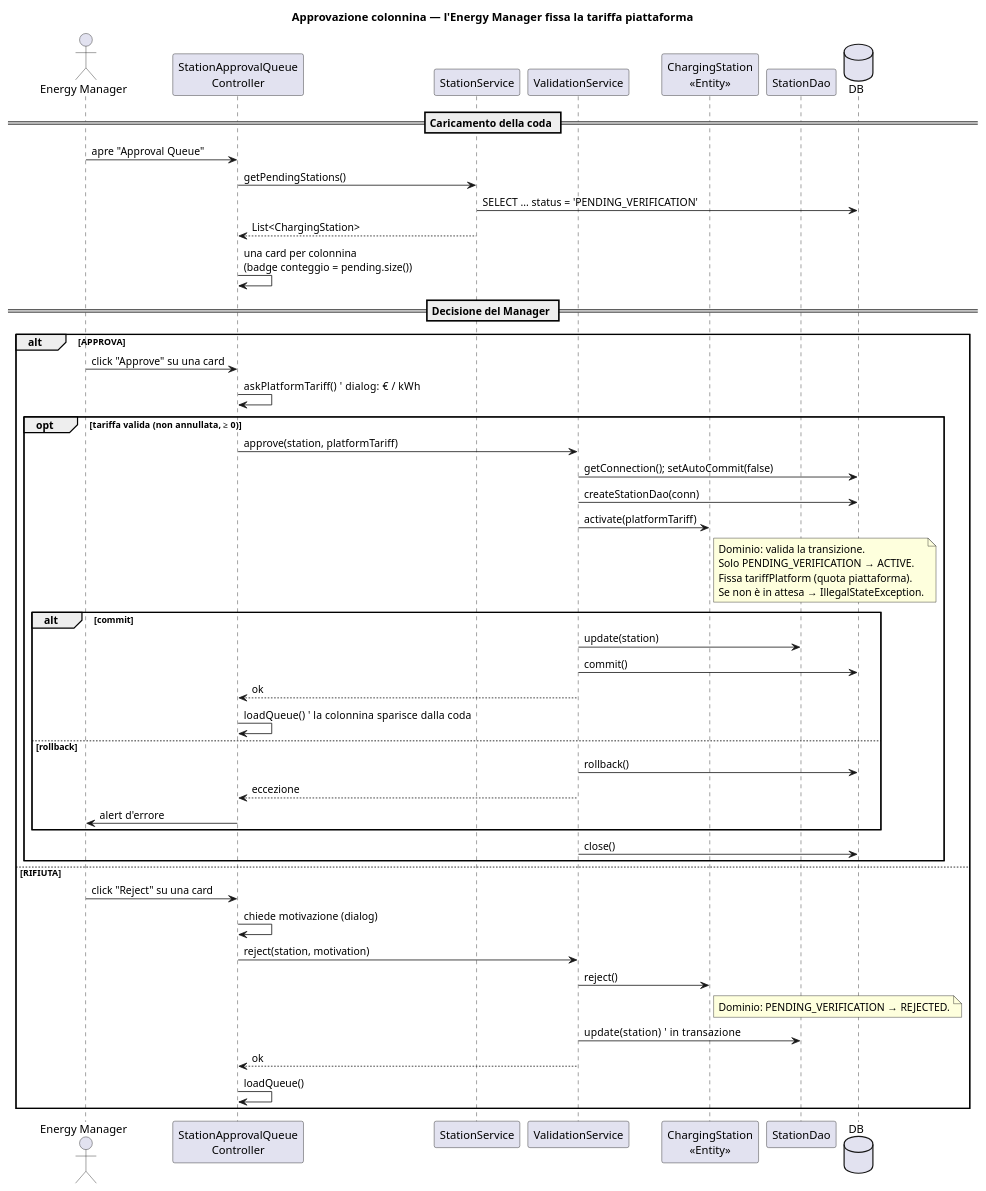
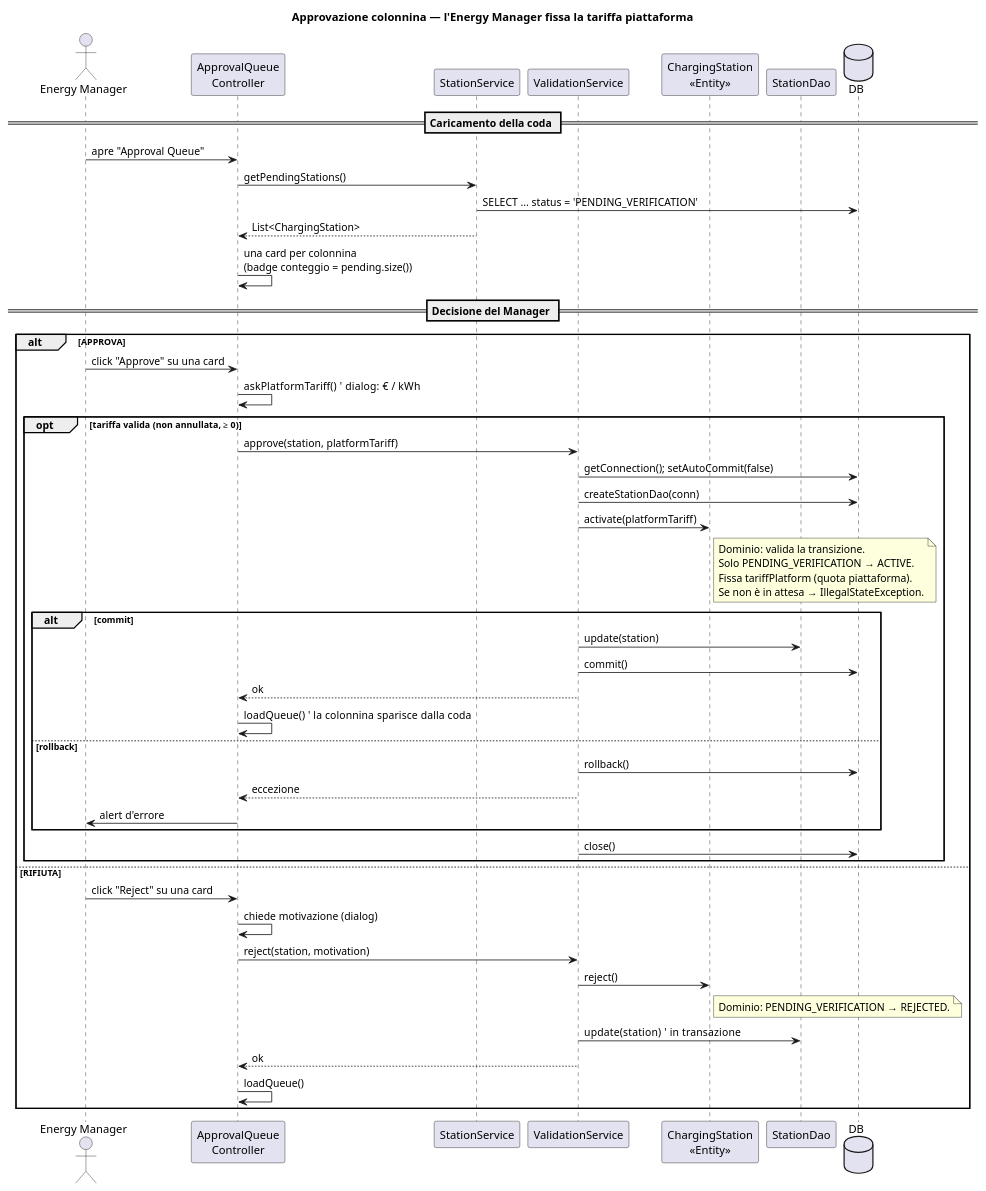
Before and after one commit to TommasoSottili/ChargeNet: the diagram in docs/sequence-diagram-station-approval.puml, drawn with PlantUML. The commit also changed 12 other files, not shown here.

```diff
--- a/docs/sequence-diagram-station-approval.puml
+++ b/docs/sequence-diagram-station-approval.puml
@@ -1,58 +1,58 @@
 @startuml Station_Approval
 title Approvazione colonnina — l'Energy Manager fissa la tariffa piattaforma
 
 actor "Energy Manager" as MGR
-participant "StationApprovalQueue\nController" as C
+participant "ApprovalQueue\nController" as C
 participant "StationService" as STS
 participant "ValidationService" as VS
 participant "ChargingStation\n«Entity»" as STA
 participant "StationDao" as SD
 database "DB" as DB
 
 == Caricamento della coda ==
 MGR -> C : apre "Approval Queue"
 C -> STS : getPendingStations()
 STS -> DB : SELECT ... status = 'PENDING_VERIFICATION'
 STS --> C : List<ChargingStation>
 C -> C : una card per colonnina\n(badge conteggio = pending.size())
 
 == Decisione del Manager ==
 alt APPROVA
     MGR -> C : click "Approve" su una card
     C -> C : askPlatformTariff()   ' dialog: € / kWh
     opt tariffa valida (non annullata, ≥ 0)
         C -> VS : approve(station, platformTariff)
         VS -> DB : getConnection(); setAutoCommit(false)
         VS -> DB : createStationDao(conn)
         VS -> STA : activate(platformTariff)
         note right of STA
             Dominio: valida la transizione.
             Solo PENDING_VERIFICATION → ACTIVE.
             Fissa tariffPlatform (quota piattaforma).
             Se non è in attesa → IllegalStateException.
         end note
         alt commit
             VS -> SD : update(station)
             VS -> DB : commit()
             VS --> C : ok
             C -> C : loadQueue()   ' la colonnina sparisce dalla coda
         else rollback
             VS -> DB : rollback()
             VS --> C : eccezione
             C -> MGR : alert d'errore
         end
         VS -> DB : close()
     end
 else RIFIUTA
     MGR -> C : click "Reject" su una card
     C -> C : chiede motivazione (dialog)
     C -> VS : reject(station, motivation)
     VS -> STA : reject()
     note right of STA
         Dominio: PENDING_VERIFICATION → REJECTED.
     end note
     VS -> SD : update(station)   ' in transazione
     VS --> C : ok
     C -> C : loadQueue()
 end
 @enduml
```
